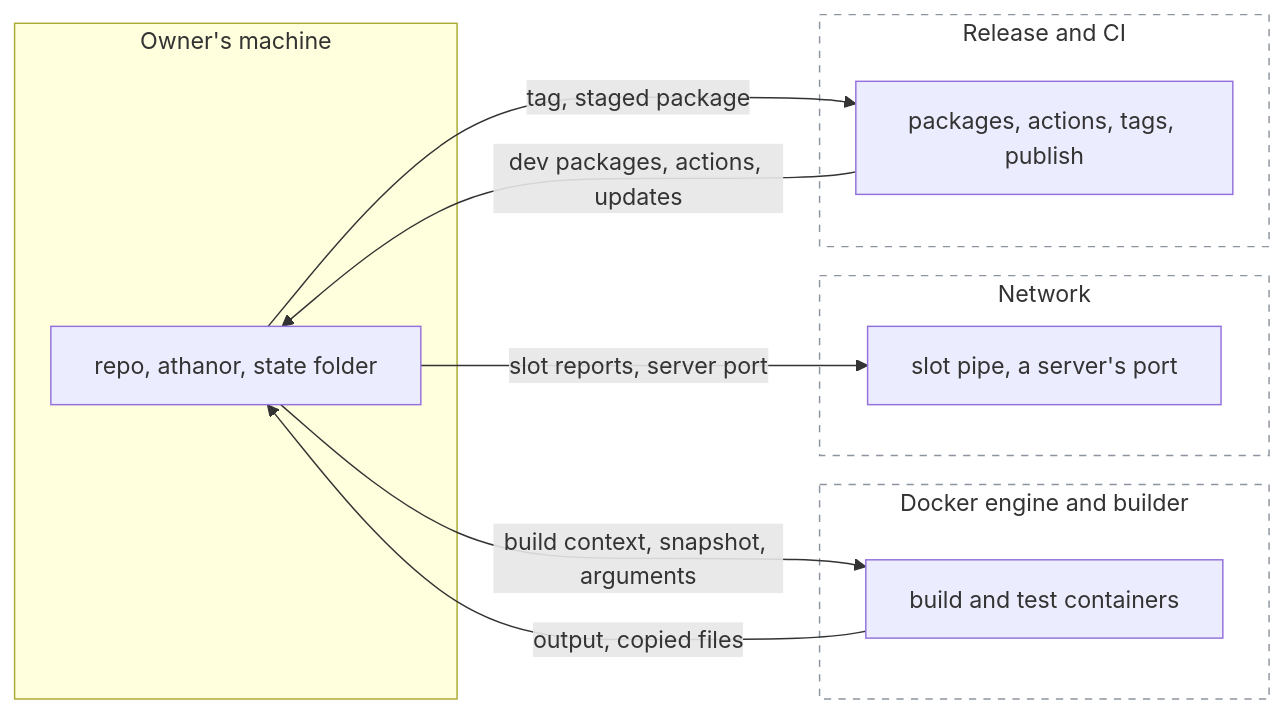
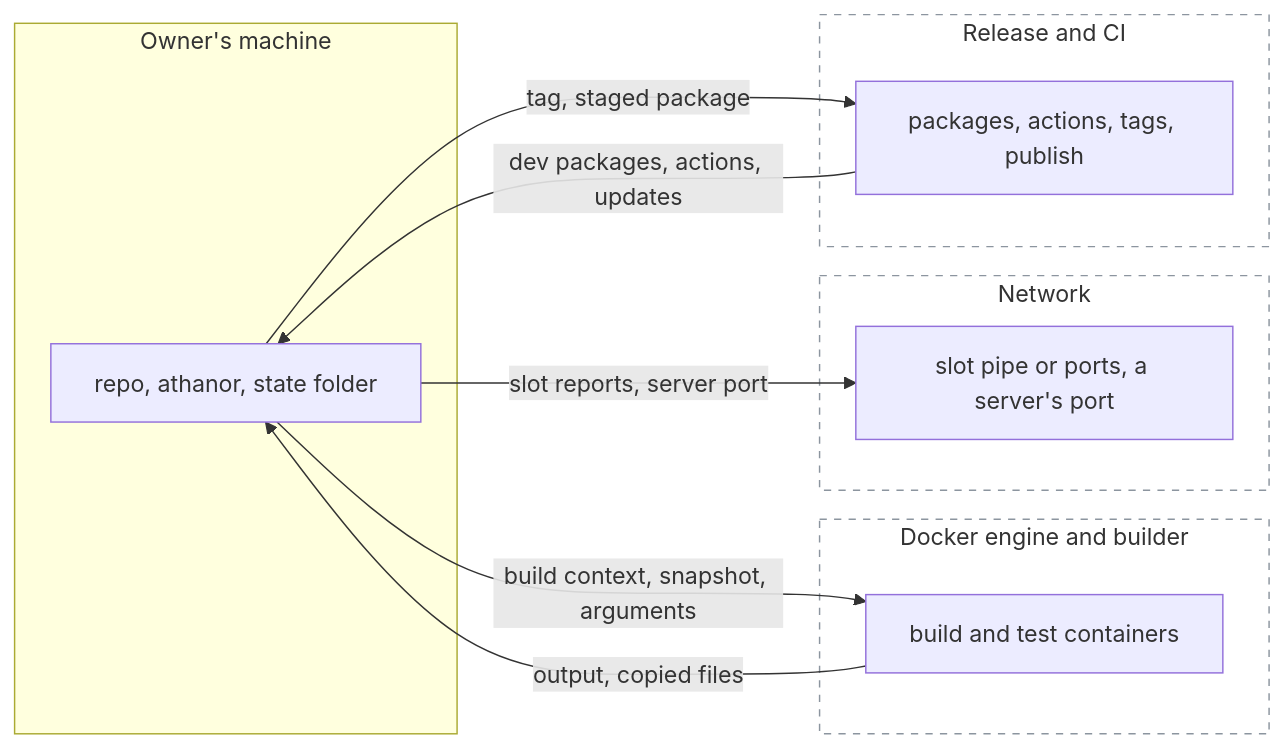
The first of 2 diagrams in docs/threat-model.md (mephistopheles4/athanor), drawn with Mermaid before and after one commit. The commit also changed other lines of this file and 23 other files, not shown here.

````diff
--- a/docs/threat-model.md
+++ b/docs/threat-model.md
@@ -26,23 +26,23 @@
 ```mermaid
 flowchart LR
     subgraph Machine["Owner's machine"]
         Athanor["repo, athanor, state folder"]
     end
     subgraph Engine["Docker engine and builder"]
         Run["build and test containers"]
     end
     subgraph Net["Network"]
-        Pipe["slot pipe, a server's port"]
+        Pipe["slot pipe or ports, a server's port"]
     end
     subgraph Rel["Release and CI"]
         Pub["packages, actions, tags, publish"]
     end
     Athanor -- "build context, snapshot, arguments" --> Run
     Run -- "output, copied files" --> Athanor
     Athanor -- "slot reports, server port" --> Pipe
     Pub -- "dev packages, actions, updates" --> Athanor
     Athanor -- "tag, staged package" --> Pub
     style Engine fill:transparent,stroke:#8c959f,stroke-dasharray: 5 5
     style Net fill:transparent,stroke:#8c959f,stroke-dasharray: 5 5
     style Rel fill:transparent,stroke:#8c959f,stroke-dasharray: 5 5
 ```
````
